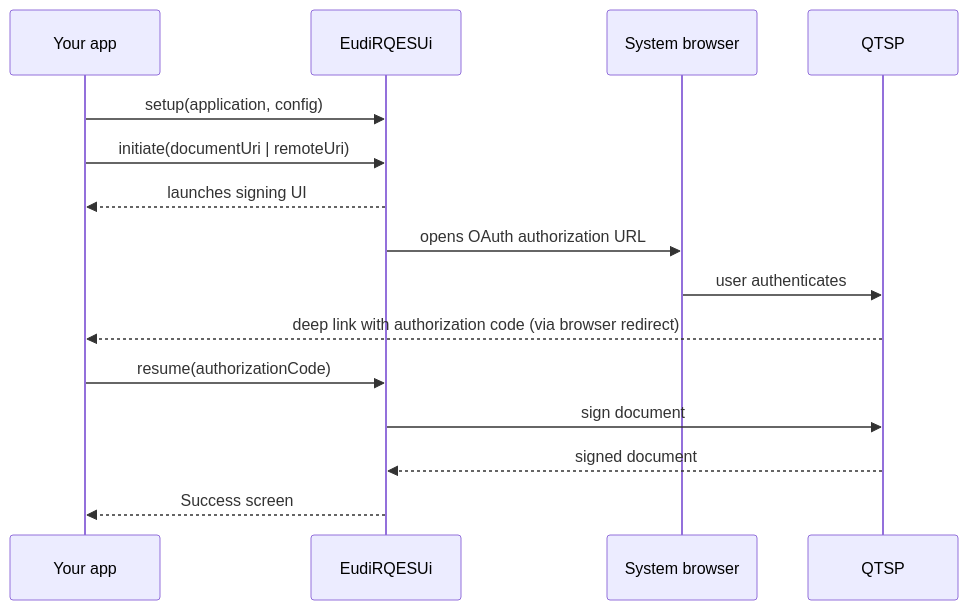
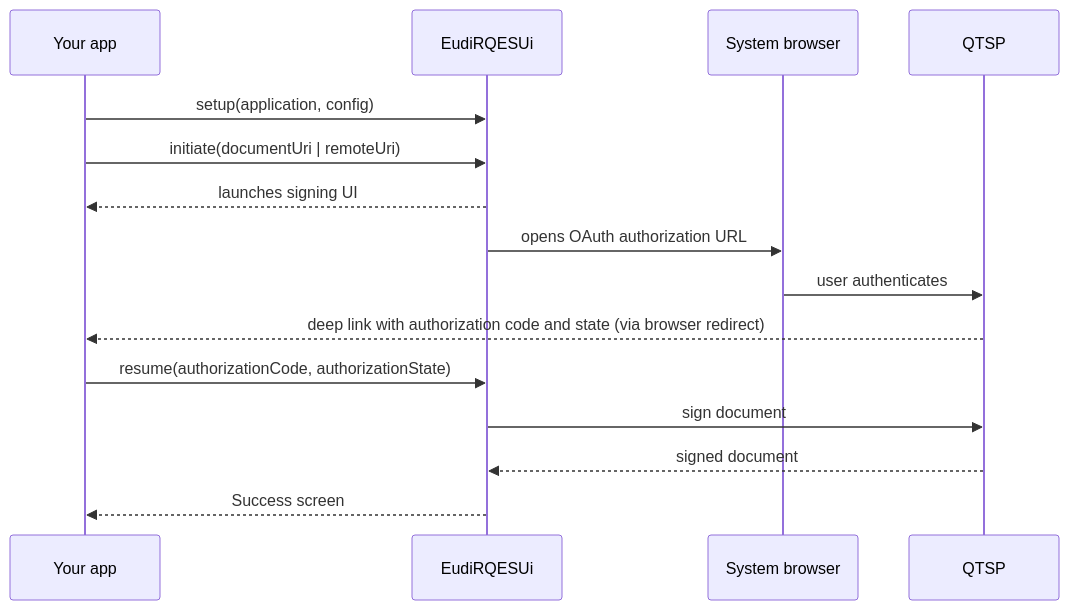
Before and after one commit to eu-digital-identity-wallet/eudi-lib-android-rqes-ui: the diagram in README.md, drawn with Mermaid. The commit also changed other lines of this file and 7 other files, not shown here.

````diff
--- a/README.md
+++ b/README.md
@@ -65,18 +65,18 @@
 ```mermaid
 sequenceDiagram
     participant App as Your app
     participant SDK as EudiRQESUi
     participant Browser as System browser
     participant QTSP
 
     App->>SDK: setup(application, config)
     App->>SDK: initiate(documentUri | remoteUri)
     SDK-->>App: launches signing UI
     SDK->>Browser: opens OAuth authorization URL
     Browser->>QTSP: user authenticates
-    QTSP-->>App: deep link with authorization code (via browser redirect)
-    App->>SDK: resume(authorizationCode)
+    QTSP-->>App: deep link with authorization code and state (via browser redirect)
+    App->>SDK: resume(authorizationCode, authorizationState)
     SDK->>QTSP: sign document
     QTSP-->>SDK: signed document
     SDK-->>App: Success screen
 ```
````
